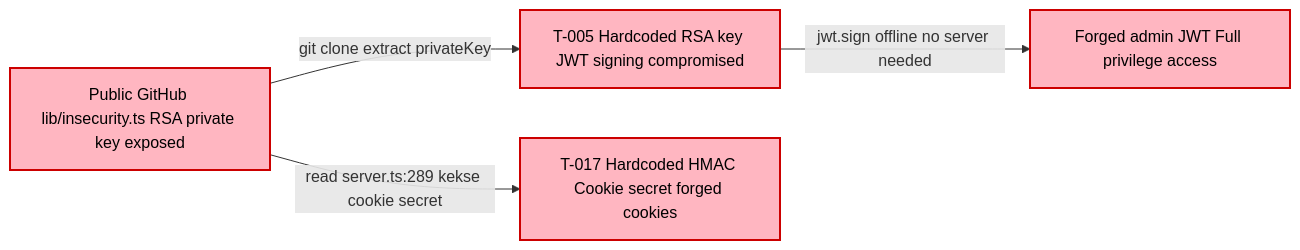
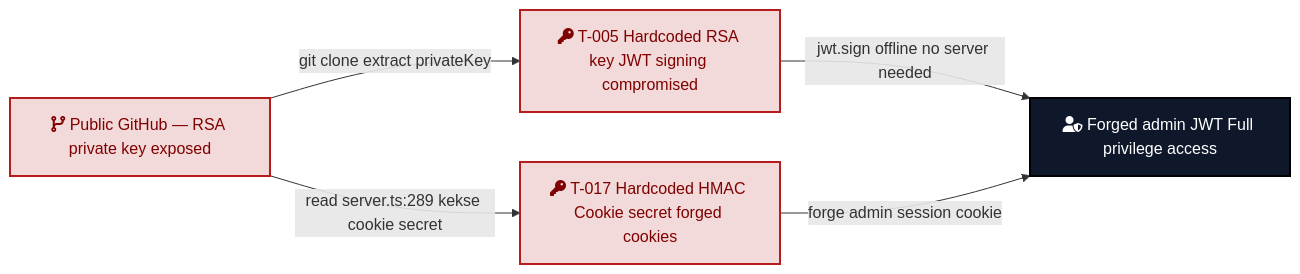
One commit to appsec-foundry/appsec-advisor changed the seventh of 18 diagrams in examples/threat-modeler/threat-mode-juice-shop-standard.md. Above: the diagram before and after it, drawn with Mermaid. The commit also changed other lines of this file and 9 other files, not shown here.

Commit message:
mermaid diagrams improved

````diff
--- a/examples/threat-modeler/threat-mode-juice-shop-standard.md
+++ b/examples/threat-modeler/threat-mode-juice-shop-standard.md
@@ -705,13 +529,15 @@
 ```mermaid
 graph LR
-    classDef risk fill:#FFB6C1,stroke:#c00,color:#000,stroke-width:2px
+    classDef risk   fill:#f3dada,stroke:#b71c1c,color:#7f0000,stroke-width:2px
+    classDef impact fill:#0f172a,stroke:#000,color:#fff,stroke-width:2px
 
-    REPO[Public GitHub lib/insecurity.ts RSA private key exposed]:::risk
-    T005[T-005 Hardcoded RSA key JWT signing compromised]:::risk
-    T017[T-017 Hardcoded HMAC Cookie secret forged cookies]:::risk
-    ADMIN[Forged admin JWT Full privilege access]:::risk
+    REPO["fa:fa-code-branch Public GitHub — RSA private key exposed"]:::risk
+    T005["fa:fa-key T-005 Hardcoded RSA key JWT signing compromised"]:::risk
+    T017["fa:fa-key T-017 Hardcoded HMAC Cookie secret forged cookies"]:::risk
+    ADMIN["fa:fa-user-shield Forged admin JWT Full privilege access"]:::impact
 
     REPO -->|"git clone extract privateKey"| T005
     REPO -->|"read server.ts:289 kekse cookie secret"| T017
     T005 -->|"jwt.sign offline no server needed"| ADMIN
+    T017 -->|"forge admin session cookie"| ADMIN
 ```
````
